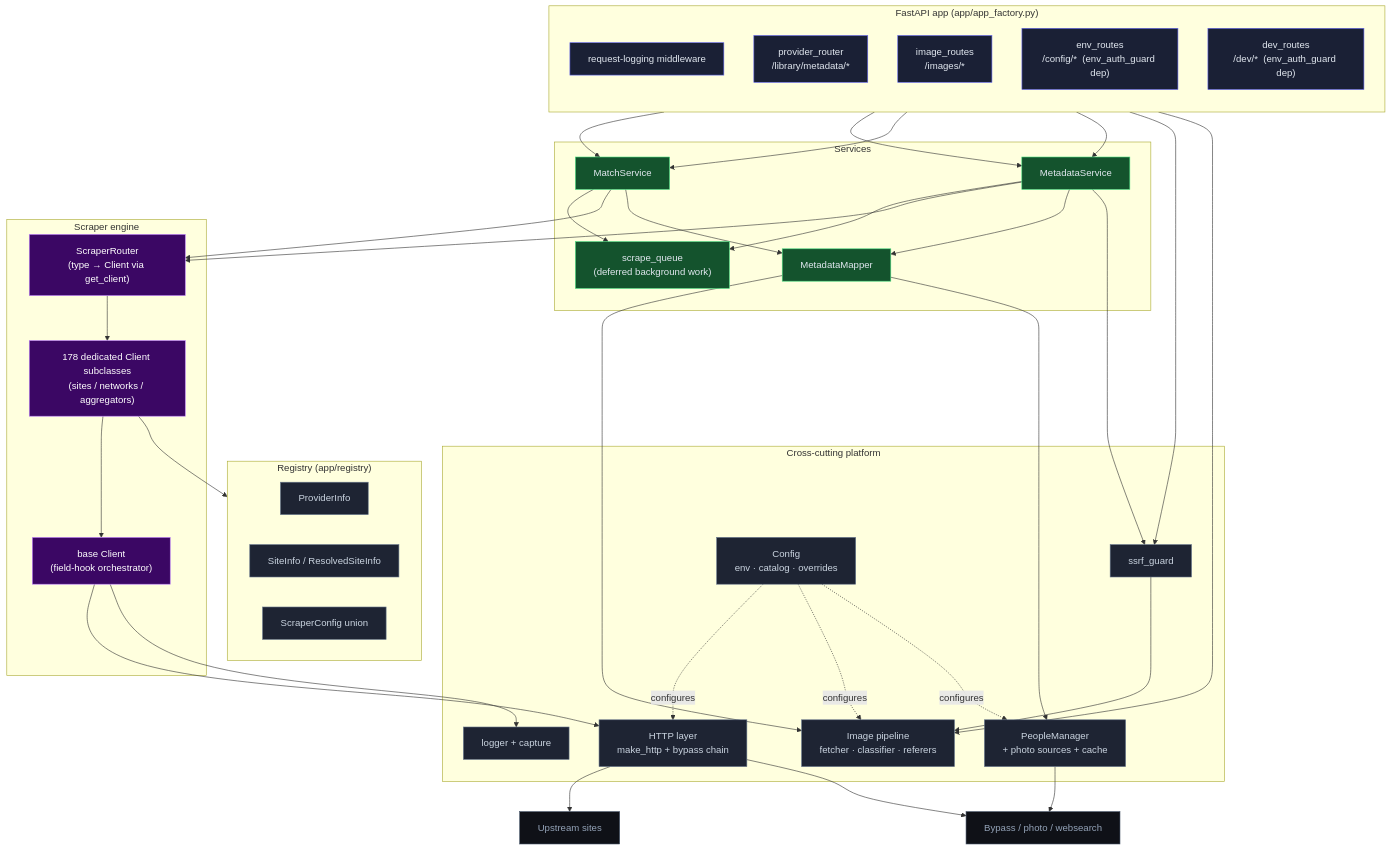
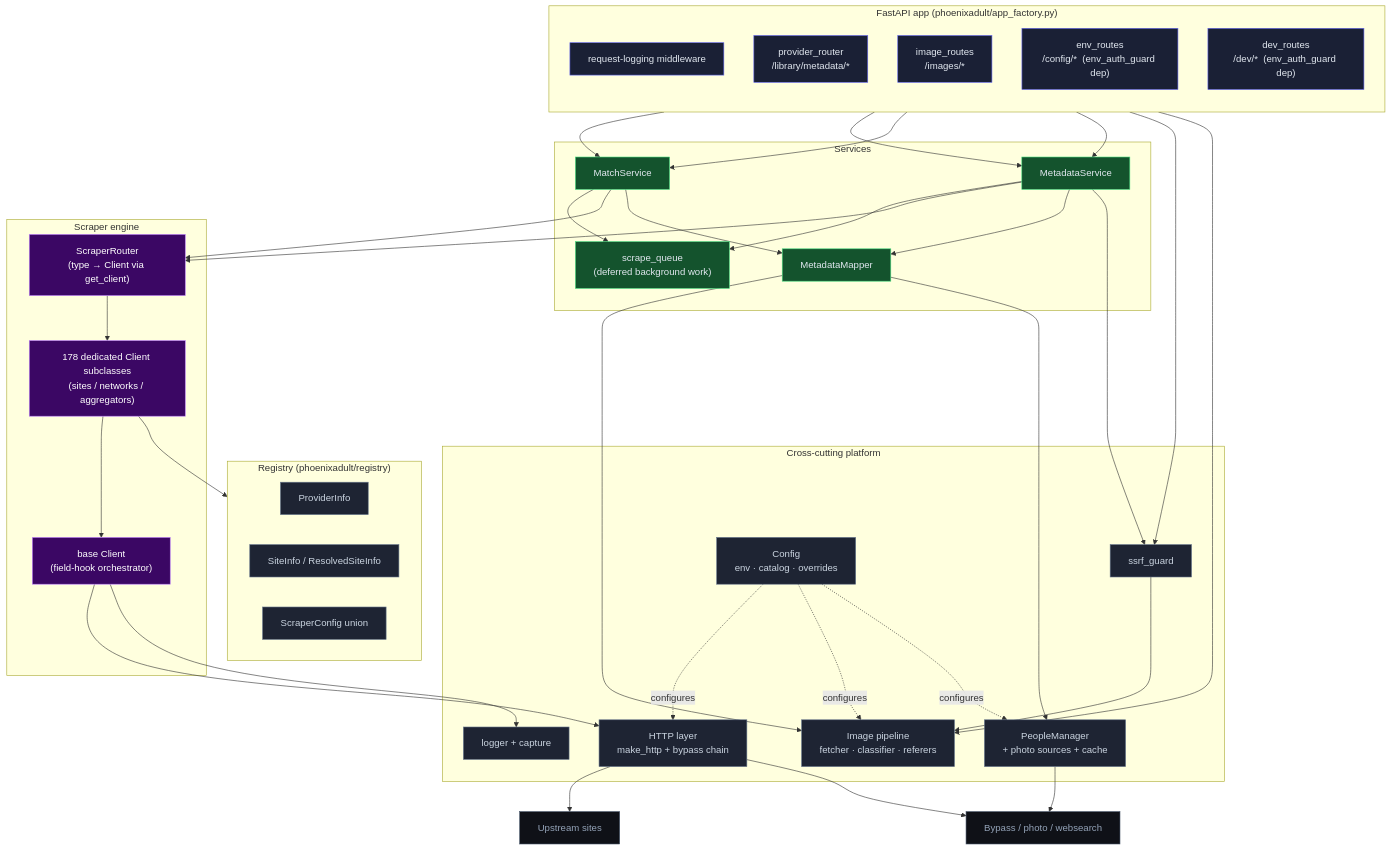
One commit to PhoenixAdultProvider/PhoenixAdult changed the third of 21 diagrams in docs/DESIGN.md. Above: the diagram before and after it, drawn with Mermaid. The commit also changed other lines of this file and 1267 other files, not shown here.

First line of the commit message:
refactor: rename the app package to phoenixadult

````diff
--- a/docs/DESIGN.md
+++ b/docs/DESIGN.md
@@ -116,72 +116,72 @@
 ```mermaid
 flowchart TB
   classDef r fill:#1a2035,stroke:#6366f1,color:#e2e8f0;
   classDef s fill:#14532d,stroke:#4ade80,color:#e2e8f0;
   classDef c fill:#3b0764,stroke:#c084fc,color:#fff;
   classDef u fill:#1e2433,stroke:#64748b,color:#cbd5e1;
   classDef ext fill:#0f1117,stroke:#475569,color:#94a3b8;
 
-  subgraph app["FastAPI app (app/app_factory.py)"]
+  subgraph app["FastAPI app (phoenixadult/app_factory.py)"]
     direction TB
     mw["request-logging middleware"]:::r
     pr["provider_router<br/>/library/metadata/*"]:::r
     ir["image_routes<br/>/images/*"]:::r
     cr["env_routes<br/>/config/*  (env_auth_guard dep)"]:::r
     dr["dev_routes<br/>/dev/*  (env_auth_guard dep)"]:::r
   end
 
   subgraph svc["Services"]
     ms["MatchService"]:::s
     md["MetadataService"]:::s
     mm["MetadataMapper"]:::s
     sq["scrape_queue<br/>(deferred background work)"]:::s
   end
 
   subgraph scr["Scraper engine"]
     srt["ScraperRouter<br/>(type → Client via get_client)"]:::c
     cli["178 dedicated Client subclasses<br/>(sites / networks / aggregators)"]:::c
     base["base Client<br/>(field-hook orchestrator)"]:::c
   end
 
-  subgraph reg["Registry (app/registry)"]
+  subgraph reg["Registry (phoenixadult/registry)"]
     prov["ProviderInfo"]:::u
     site["SiteInfo / ResolvedSiteInfo"]:::u
     scfg["ScraperConfig union"]:::u
   end
 
   subgraph plat["Cross-cutting platform"]
     http["HTTP layer<br/>make_http + bypass chain"]:::u
     ssrf["ssrf_guard"]:::u
     img["Image pipeline<br/>fetcher · classifier · referers"]:::u
     ppl["PeopleManager<br/>+ photo sources + cache"]:::u
     cfg["Config<br/>env · catalog · overrides"]:::u
     log["logger + capture"]:::u
   end
 
   ext1["Upstream sites"]:::ext
   ext2["Bypass / photo / websearch"]:::ext
 
   pr --> ms & md
   dr --> ms & md
   ms --> sq
   md --> sq
   ms --> srt
   md --> srt
   ms --> mm
   md --> mm
   srt --> cli --> base
   cli --> reg
   base --> http
   ir --> ssrf --> img
   ir --> img
   mm --> img
   mm --> ppl
   md --> ssrf
   http --> ext1
   http --> ext2
   ppl --> ext2
   base --> log
   cfg -. configures .-> http
   cfg -. configures .-> img
   cfg -. configures .-> ppl
 ```
````
